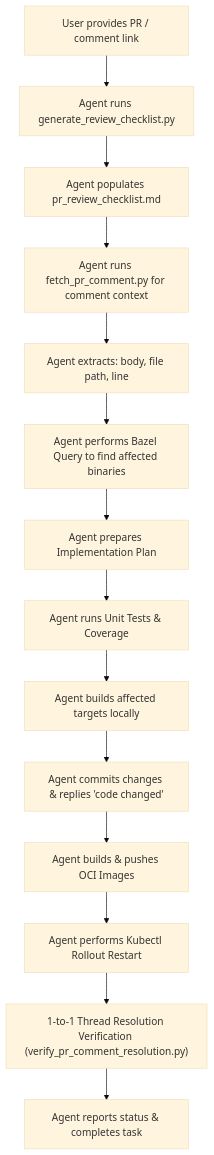
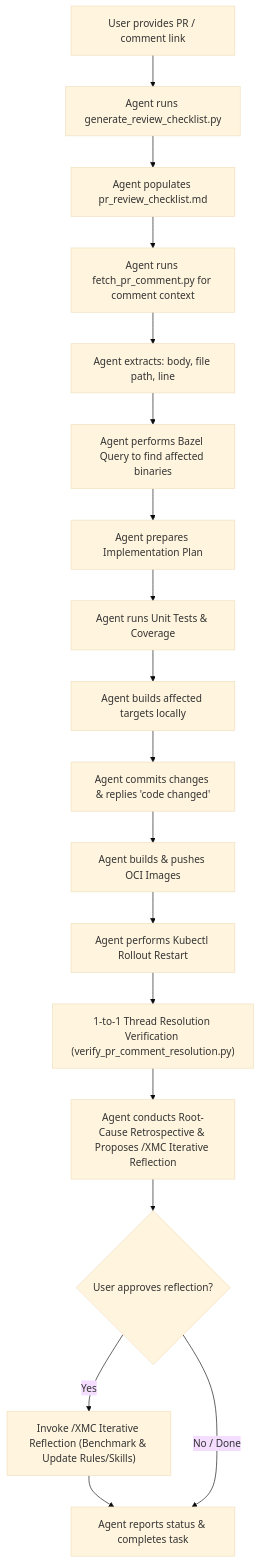
One commit to google/xmc changed the diagram in .agents/skills/xmc_address_pr_comment/SKILL.md. Above: the diagram before and after it, drawn with Mermaid (base theme). The commit also changed other lines of this file and 5 other files, not shown here.

First line of the commit message:
feat(skills): integrate iterative reflection into PR comment resolution (#480)

````diff
--- a/.agents/skills/xmc_address_pr_comment/SKILL.md
+++ b/.agents/skills/xmc_address_pr_comment/SKILL.md
@@ -10,16 +10,20 @@
 ```mermaid
 graph TD
     A["User provides PR / comment link"] --> B["Agent runs generate_review_checklist.py"]
     B --> C["Agent populates pr_review_checklist.md"]
     C --> D["Agent runs fetch_pr_comment.py for comment context"]
     D --> E["Agent extracts: body, file path, line"]
     E --> F["Agent performs Bazel Query to find affected binaries"]
     F --> G["Agent prepares Implementation Plan"]
     G --> H["Agent runs Unit Tests & Coverage"]
     H --> I["Agent builds affected targets locally"]
     I --> J["Agent commits changes & replies 'code changed'"]
     J --> K["Agent builds & pushes OCI Images"]
     K --> L["Agent performs Kubectl Rollout Restart"]
     L --> M["1-to-1 Thread Resolution Verification (verify_pr_comment_resolution.py)"]
-    M --> N["Agent reports status & completes task"]
+    M --> N["Agent conducts Root-Cause Retrospective & Proposes /XMC Iterative Reflection"]
+    N --> O{"User approves reflection?"}
+    O -->|Yes| P["Invoke /XMC Iterative Reflection (Benchmark & Update Rules/Skills)"]
+    P --> Q["Agent reports status & completes task"]
+    O -->|No / Done| Q
 ```
````
